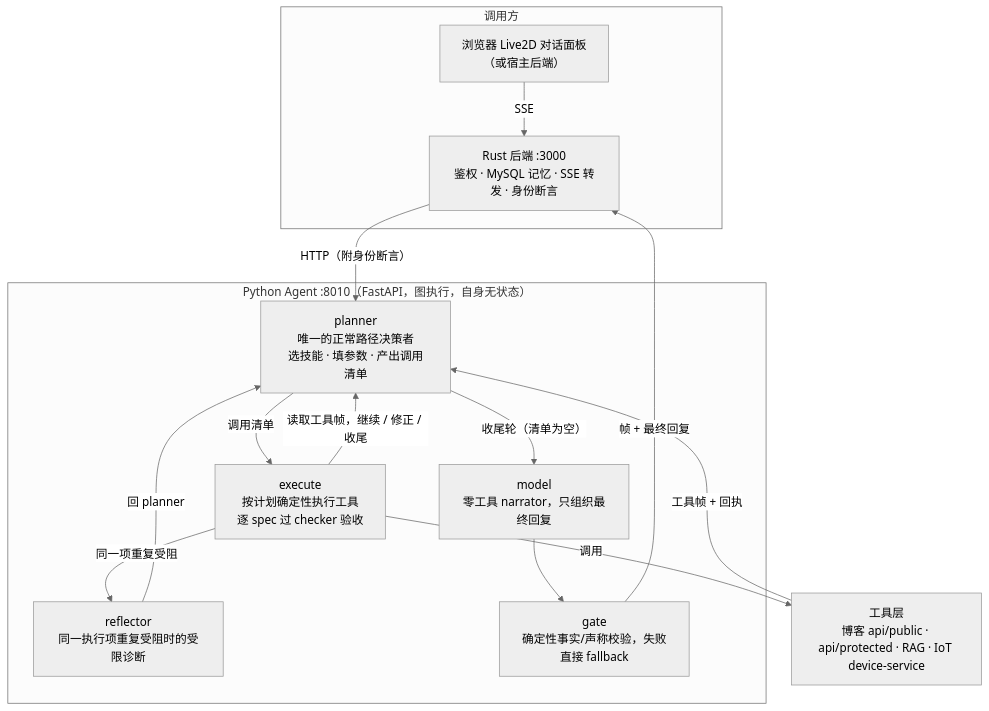
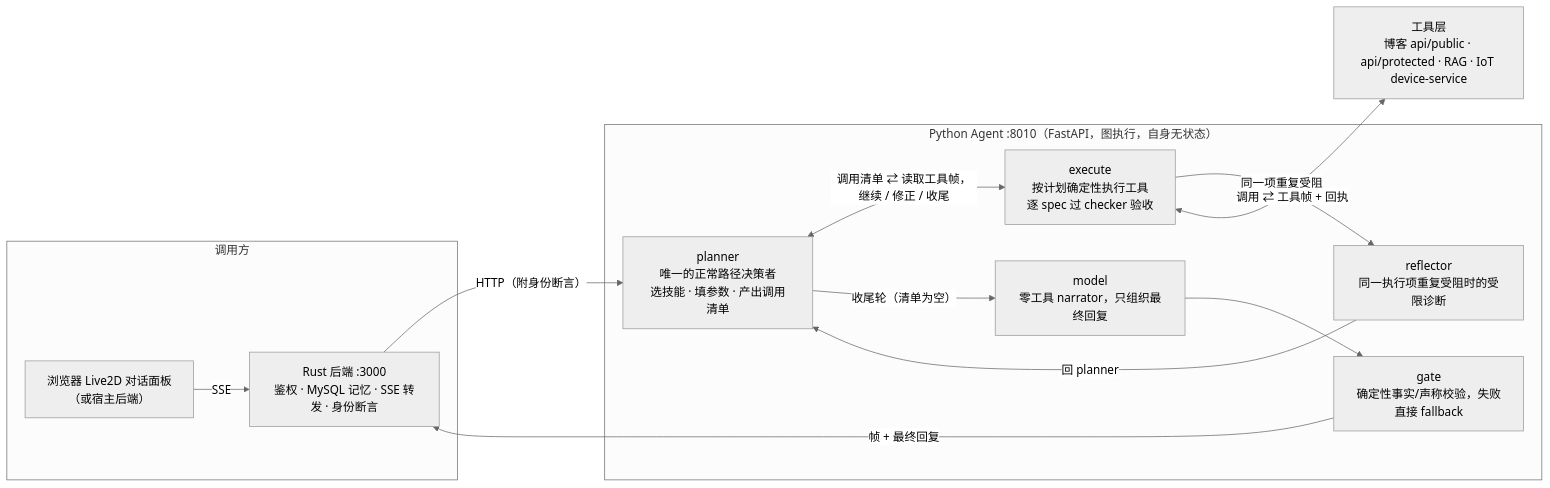
One commit to BigLeopardCat/saudade-blog-agent changed the first of 2 diagrams in README.md. Above: the diagram before and after it, drawn with Mermaid (neutral theme). The commit also changed 2 other files, not shown here.

Commit message:
docs: 架构图改左右排版、成对往返边并为双向箭头
- 三张图两种毛病：成对的往返被画成两条反向边（dagre 只能让它们折返），
  以及方向不对（流水线用了上下排）。
- README.md 的 agent 节点图（planner ⇄ execute → model → gate）：`flowchart TB`
  改 `flowchart LR`；「调用清单 / 读取工具帧，继续·修正·收尾」与「调用 /
  工具帧 + 回执」两对往返各并为一条 `<-->`。
- docs/agent-architecture.md 的部署图保留 TB（它是进程栈不是流水线），
  只把 UI ⇄ nginx、nginx ⇄ Rust、Rust ⇄ Agent 三对往返各并成一条，
  工具回灌那条 HTTPS api/public 并进 Rust ⇄ Agent 的标注。
- docs/eval-observability.md 的四层评测图由 TB 改 LR：原图 1009×309 宽过正文列
  会被整体缩小，LR 后 671×547，缩得更少。
- 判据是当场渲染量出来的（仓里的 mermaid 起真浏览器，量每条 `flowchart-link`
  的路径长 ÷ 两端直线距离，改动前后两臂在同一次运行里渲染）：
  README 1.238 → 1.072、最绕的一条 1.688 → 1.194；部署图 1.144 → 1.025、
  1.821 → 1.093。另外三张 TB 图实测已是 1.00–1.02（几乎全直），没动——
  它们改成 LR 只会变宽，不会变直。
- 一处出处挪动：README 里「工具帧 + 回执」原画成 工具层 → planner，
  现挂在 `execute ⇄ 工具层` 上——execute 才是真正调工具、收 ToolMessage 的节点，
  帧再到 planner 由既有的 `execute → planner` 那条边承担。语义没少，出处挪一格。

````diff
--- a/README.md
+++ b/README.md
@@ -20,29 +20,27 @@
 ```mermaid
-flowchart TB
+flowchart LR
     subgraph Caller["调用方"]
         FE["浏览器 Live2D 对话面板<br/>（或宿主后端）"]
         RUST["Rust 后端 :3000<br/>鉴权 · MySQL 记忆 · SSE 转发 · 身份断言"]
     end
 
     subgraph Agent["Python Agent :8010（FastAPI，图执行，自身无状态）"]
         PL["planner<br/>唯一的正常路径决策者<br/>选技能 · 填参数 · 产出调用清单"]
         EX["execute<br/>按计划确定性执行工具<br/>逐 spec 过 checker 验收"]
         RF["reflector<br/>同一执行项重复受阻时的受限诊断"]
         MD["model<br/>零工具 narrator，只组织最终回复"]
         GT["gate<br/>确定性事实/声称校验，失败直接 fallback"]
     end
 
     TOOLS["工具层<br/>博客 api/public · api/protected · RAG · IoT device-service"]
 
     FE -->|"SSE"| RUST
     RUST -->|"HTTP（附身份断言）"| PL
-    PL -->|"调用清单"| EX
-    EX -->|"读取工具帧，继续 / 修正 / 收尾"| PL
+    PL <-->|"调用清单 ⇄ 读取工具帧，继续 / 修正 / 收尾"| EX
+    PL -->|"收尾轮（清单为空）"| MD
+    MD --> GT
     EX -->|"同一项重复受阻"| RF
     RF -->|"回 planner"| PL
-    PL -->|"收尾轮（清单为空）"| MD
-    EX -->|"调用"| TOOLS
-    TOOLS -->|"工具帧 + 回执"| PL
-    MD --> GT
+    EX <-->|"调用 ⇄ 工具帧 + 回执"| TOOLS
     GT -->|"帧 + 最终回复"| RUST
 ```
````
